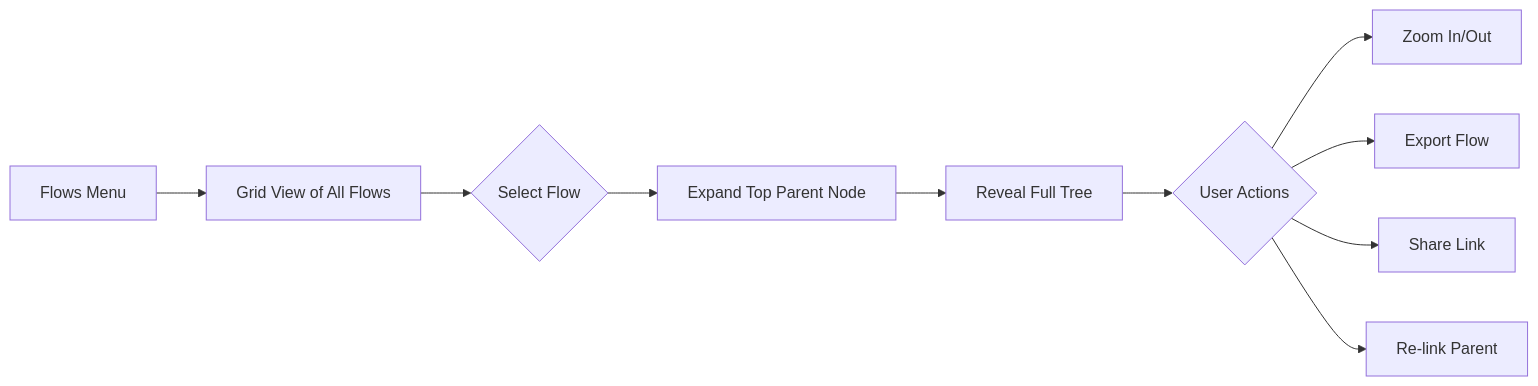
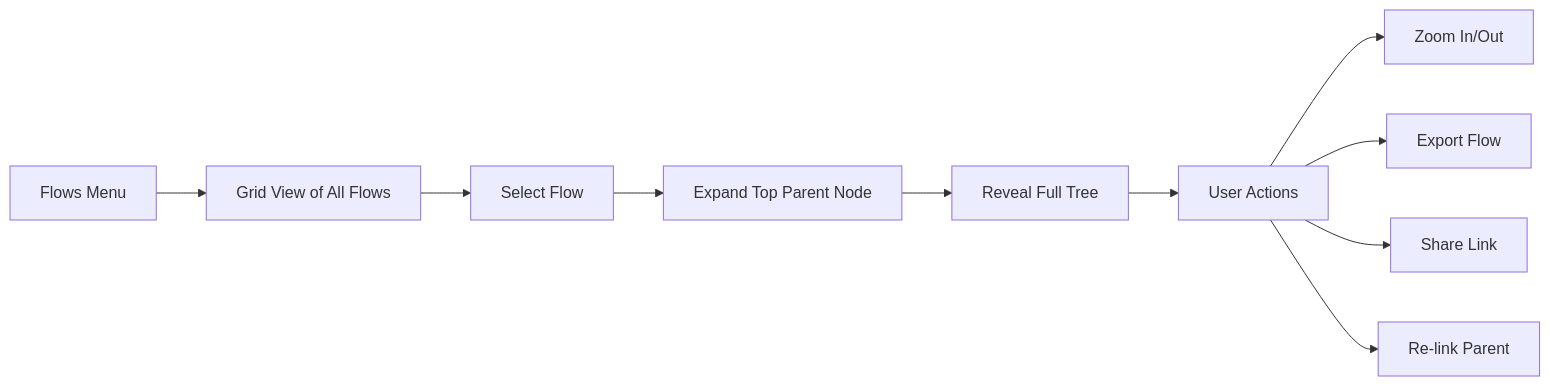
Before and after one commit to CompospecHQ/compospec-methodology: diagram 11 of 12 in METHODOLOGY.md, drawn with Mermaid. The commit also changed other lines of this file, not shown here.

````diff
--- a/METHODOLOGY.md
+++ b/METHODOLOGY.md
@@ -394,14 +396,12 @@
 ```mermaid
 graph LR
     A[Flows Menu] --> B[Grid View of All Flows]
-    B --> C{Select Flow}
+    B --> C[Select Flow]
     C --> D[Expand Top Parent Node]
     D --> E[Reveal Full Tree]
-    E --> F{User Actions}
+    E --> F[User Actions]
     F --> G[Zoom In/Out]
     F --> H[Export Flow]
     F --> I[Share Link]
     F --> J[Re-link Parent]
-
-
 ```
````
